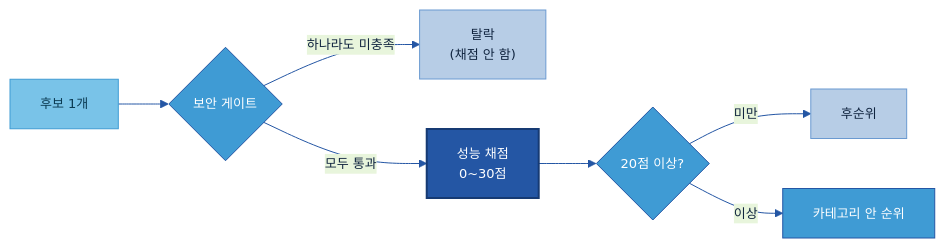
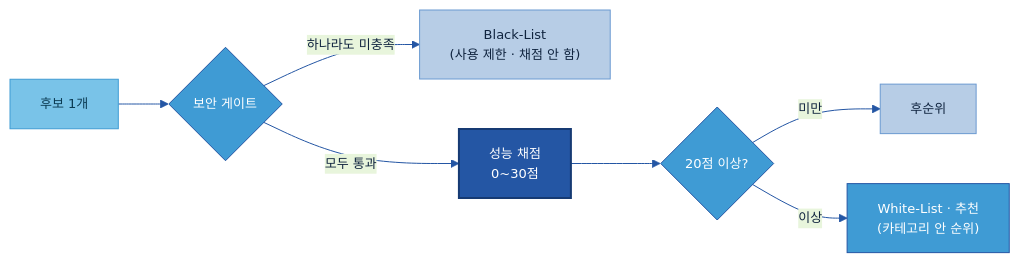
Before and after one commit to jin-kearney/ai-ready-data-manual: the third of 6 diagrams in Tech Player/04 Player 평가 실행안 (조사·보안·성능·비용·추천).md, drawn with Mermaid. The commit also changed other lines of this file and 2 other files, not shown here.

First line of the commit message:
docs(Tech Player): 산출을 AXC 리스트 용어로 — 보안 탈락=Black-List, 20점 이상=White-List·추천

````diff
--- a/Tech Player/04 Player 평가 실행안 (조사·보안·성능·비용·추천).md
+++ b/Tech Player/04 Player 평가 실행안 (조사·보안·성능·비용·추천).md
@@ -129,14 +130,14 @@
 ```mermaid
 %%{init: {'theme':'base','themeVariables':{'primaryColor':'#DCE8F5','primaryBorderColor':'#2456A4','primaryTextColor':'#10243f','lineColor':'#2456A4','fontSize':'13px'}}}%%
 flowchart LR
     IN["후보 1개"]:::src --> SEC{"보안 게이트"}:::gate
-    SEC -->|하나라도 미충족| X["탈락<br/>(채점 안 함)"]:::n
+    SEC -->|하나라도 미충족| X["Black-List<br/>(사용 제한 · 채점 안 함)"]:::n
     SEC -->|모두 통과| P["성능 채점<br/>0~30점"]:::cat
     P --> CUT{"20점 이상?"}:::gate
     CUT -->|미만| LOW["후순위"]:::n
-    CUT -->|이상| RANK["카테고리 안 순위"]:::gate
+    CUT -->|이상| RANK["White-List · 추천<br/>(카테고리 안 순위)"]:::gate
     classDef n fill:#B7CDE6,stroke:#6B9AD1,color:#10243f;
     classDef src fill:#79C3E8,stroke:#3F9BD4,color:#0b3a52;
     classDef cat fill:#2456A4,color:#fff,stroke:#163a73,stroke-width:2px;
     classDef gate fill:#3F9BD4,stroke:#2456A4,color:#fff;
 ```
````
